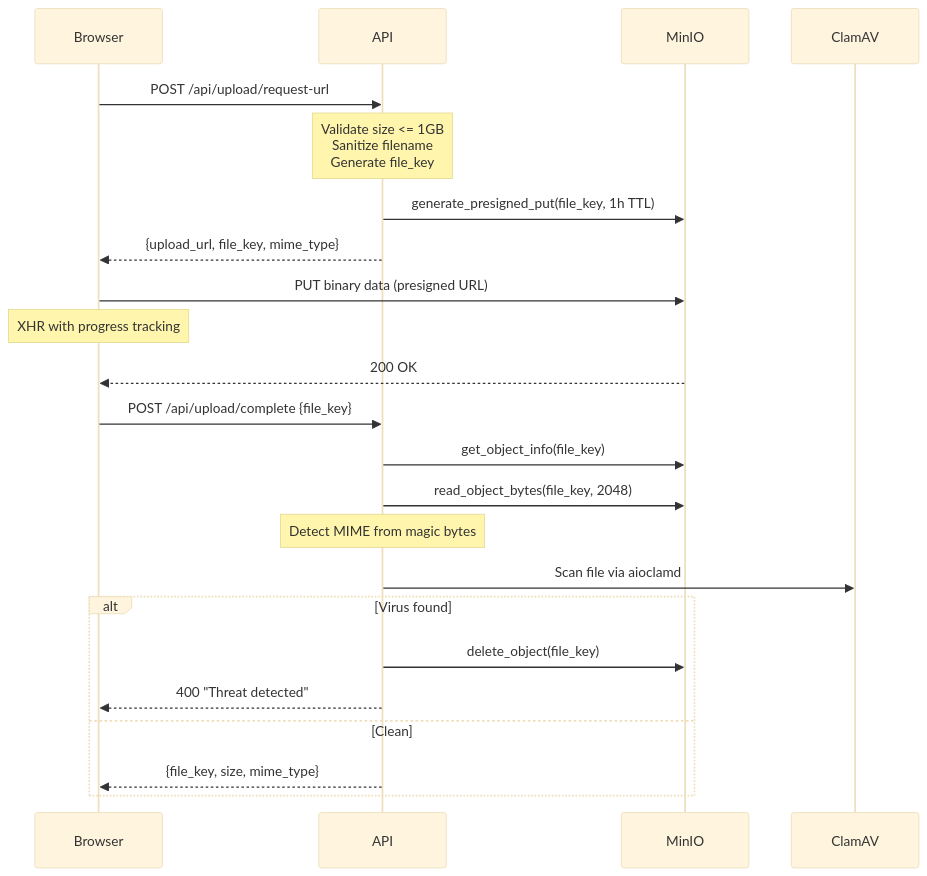
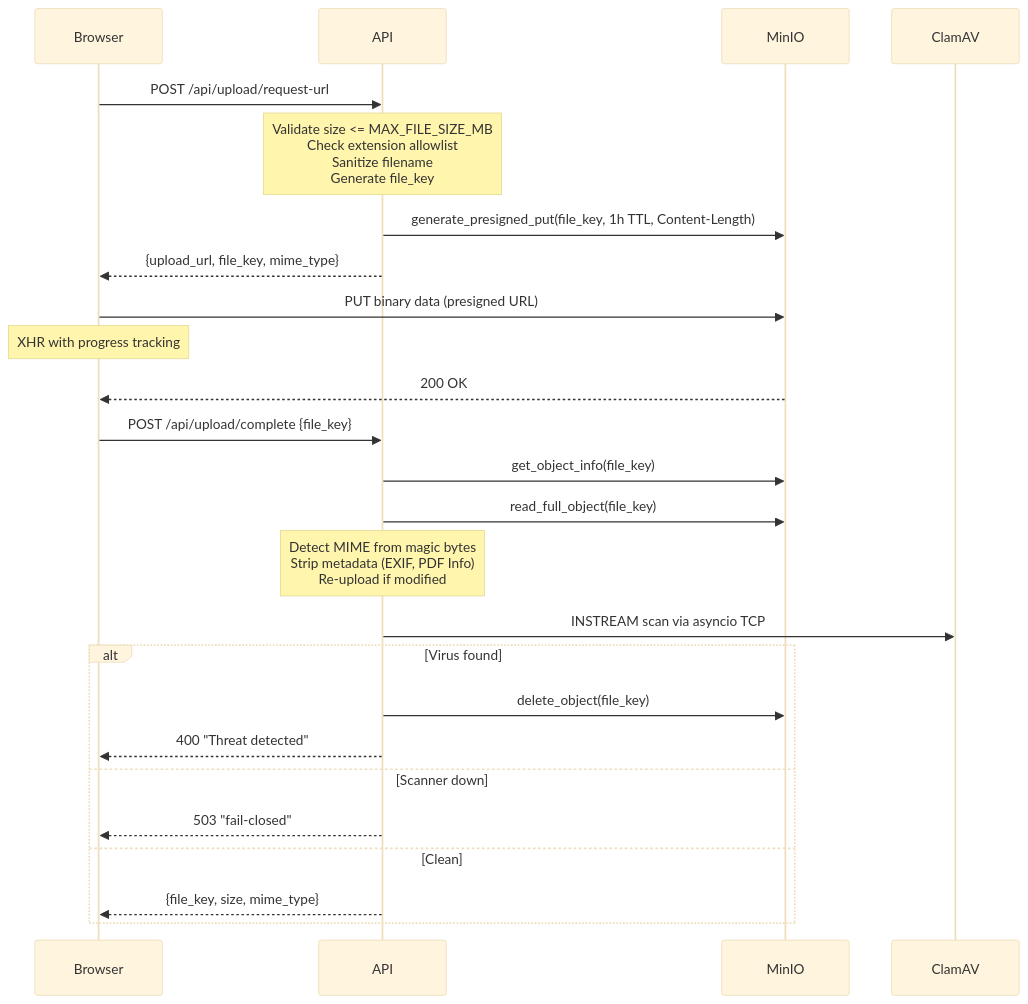
The diagram in docs/api/upload.md (Theo-Darvoux/WikINT), drawn with Mermaid (base theme) before and after one commit. The commit also changed other lines of this file and 164 other files, not shown here.

````diff
--- a/docs/api/upload.md
+++ b/docs/api/upload.md
@@ -11,28 +11,30 @@
 ```mermaid
 sequenceDiagram
     participant B as Browser
     participant A as API
     participant M as MinIO
     participant C as ClamAV
 
     B->>A: POST /api/upload/request-url
-    Note over A: Validate size <= 1GB<br/>Sanitize filename<br/>Generate file_key
-    A->>M: generate_presigned_put(file_key, 1h TTL)
+    Note over A: Validate size <= MAX_FILE_SIZE_MB<br/>Check extension allowlist<br/>Sanitize filename<br/>Generate file_key
+    A->>M: generate_presigned_put(file_key, 1h TTL, Content-Length)
     A-->>B: {upload_url, file_key, mime_type}
 
     B->>M: PUT binary data (presigned URL)
     Note over B: XHR with progress tracking
     M-->>B: 200 OK
 
     B->>A: POST /api/upload/complete {file_key}
     A->>M: get_object_info(file_key)
-    A->>M: read_object_bytes(file_key, 2048)
-    Note over A: Detect MIME from magic bytes
-    A->>C: Scan file via aioclamd
+    A->>M: read_full_object(file_key)
+    Note over A: Detect MIME from magic bytes<br/>Strip metadata (EXIF, PDF Info)<br/>Re-upload if modified
+    A->>C: INSTREAM scan via asyncio TCP
     alt Virus found
         A->>M: delete_object(file_key)
         A-->>B: 400 "Threat detected"
+    else Scanner down
+        A-->>B: 503 "fail-closed"
     else Clean
         A-->>B: {file_key, size, mime_type}
     end
 ```
````
